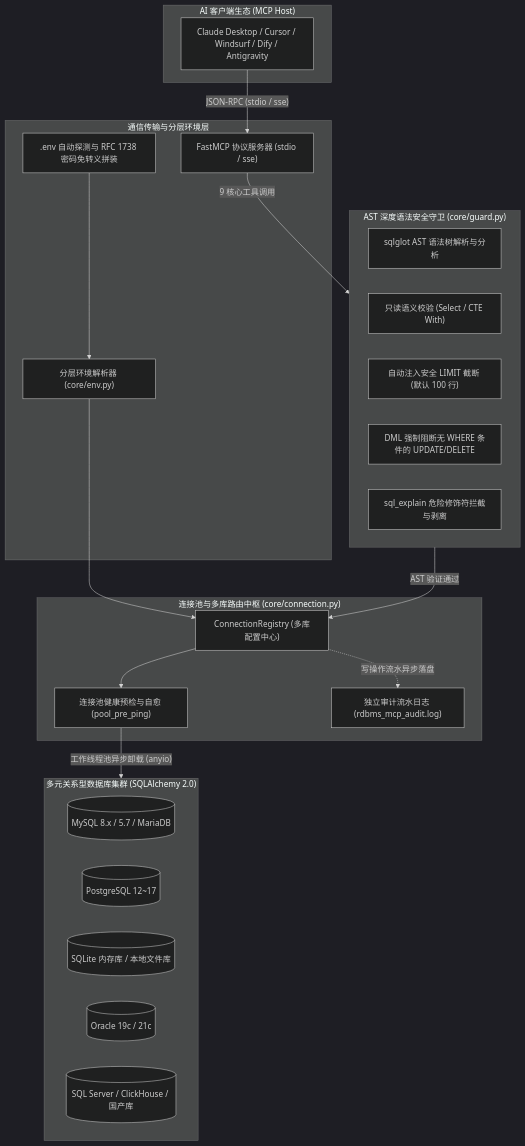
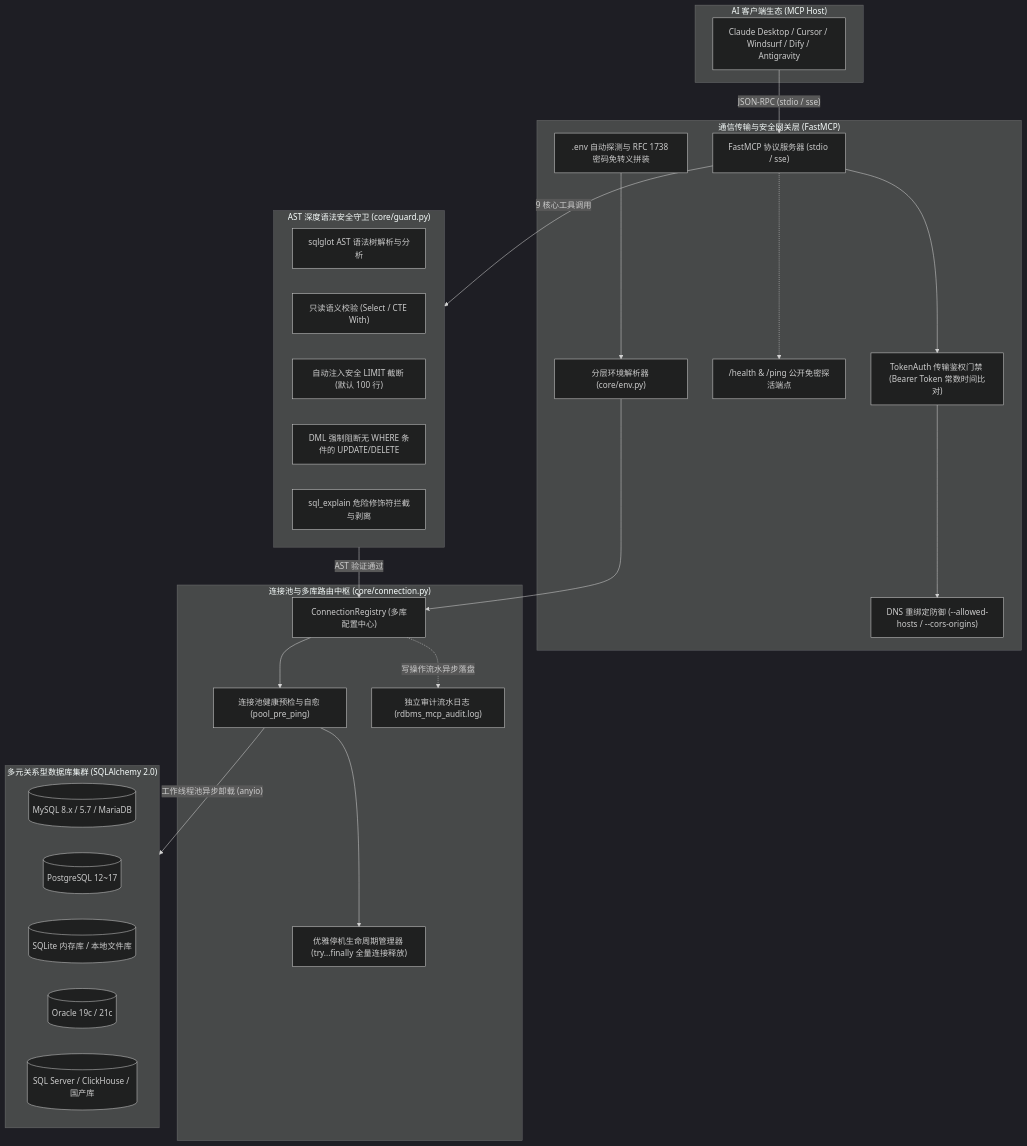
One commit to atengk/Ateng-MCP changed the diagram in docs/servers/database/rdbms.md. Above: the diagram before and after it, drawn with Mermaid (dark theme). The commit also changed other lines of this file and 12 other files, not shown here.

````diff
--- a/docs/servers/database/rdbms.md
+++ b/docs/servers/database/rdbms.md
@@ -16,42 +16,48 @@
 ```mermaid
 flowchart TD
     subgraph ClientSide ["AI 客户端生态 (MCP Host)"]
         Client["Claude Desktop / Cursor / Windsurf / Dify / Antigravity"]
     end
 
-    subgraph ProtocolLayer ["通信传输与分层环境层"]
+    subgraph ProtocolLayer ["通信传输与安全网关层 (FastMCP)"]
         FastMCP["FastMCP 协议服务器 (stdio / sse)"]
+        TokenAuth["TokenAuth 传输鉴权门禁 (Bearer Token 常数时间比对)"]
+        DnsDefense["DNS 重绑定防御 (--allowed-hosts / --cors-origins)"]
+        HealthProbe["/health & /ping 公开免密探活端点"]
         Env["分层环境解析器 (core/env.py)"]
         Dotenv[".env 自动探测与 RFC 1738 密码免转义拼装"]
     end
 
     subgraph GuardLayer ["AST 深度语法安全守卫 (core/guard.py)"]
         ASTParse["sqlglot AST 语法树解析与分析"]
         ReadOnly["只读语义校验 (Select / CTE With)"]
         LimitInject["自动注入安全 LIMIT 截断 (默认 100 行)"]
         WhereGuard["DML 强制阻断无 WHERE 条件的 UPDATE/DELETE"]
         ExplainGuard["sql_explain 危险修饰符拦截与剥离"]
     end
 
     subgraph EngineLayer ["连接池与多库路由中枢 (core/connection.py)"]
         Registry["ConnectionRegistry (多库配置中心)"]
         Pool["连接池健康预检与自愈 (pool_pre_ping)"]
+        Lifecycle["优雅停机生命周期管理器 (try...finally 全量连接释放)"]
         Audit["独立审计流水日志 (rdbms_mcp_audit.log)"]
     end
 
     subgraph DatabaseLayer ["多元关系型数据库集群 (SQLAlchemy 2.0)"]
         MySQL[("MySQL 8.x / 5.7 / MariaDB")]
         PostgreSQL[("PostgreSQL 12~17")]
         SQLite[("SQLite 内存库 / 本地文件库")]
         Oracle[("Oracle 19c / 21c")]
         MSSQL[("SQL Server / ClickHouse / 国产库")]
     end
 
     Client -->|"JSON-RPC (stdio / sse)"| FastMCP
+    FastMCP --> TokenAuth --> DnsDefense
+    FastMCP -.-> HealthProbe
     Dotenv --> Env --> Registry
     FastMCP -->|"9 核心工具调用"| GuardLayer
     GuardLayer -->|"AST 验证通过"| Registry
-    Registry --> Pool
+    Registry --> Pool --> Lifecycle
     Pool -->|"工作线程池异步卸载 (anyio)"| DatabaseLayer
     Registry -.->|"写操作流水异步落盘"| Audit
 ```
````
